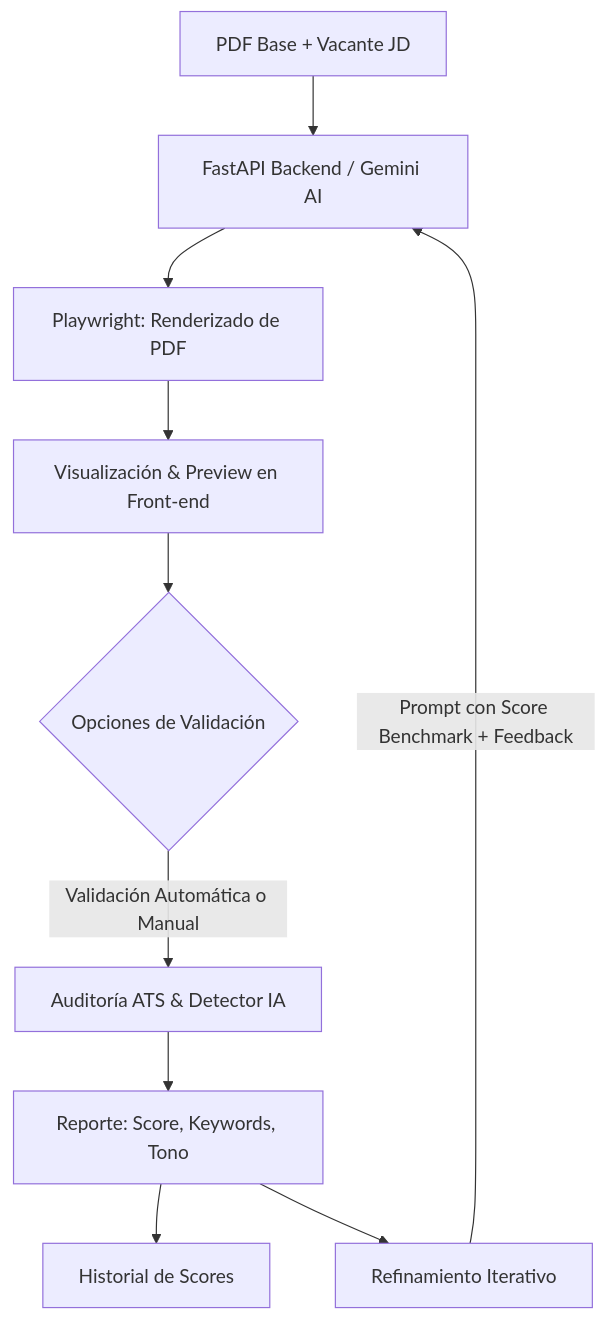
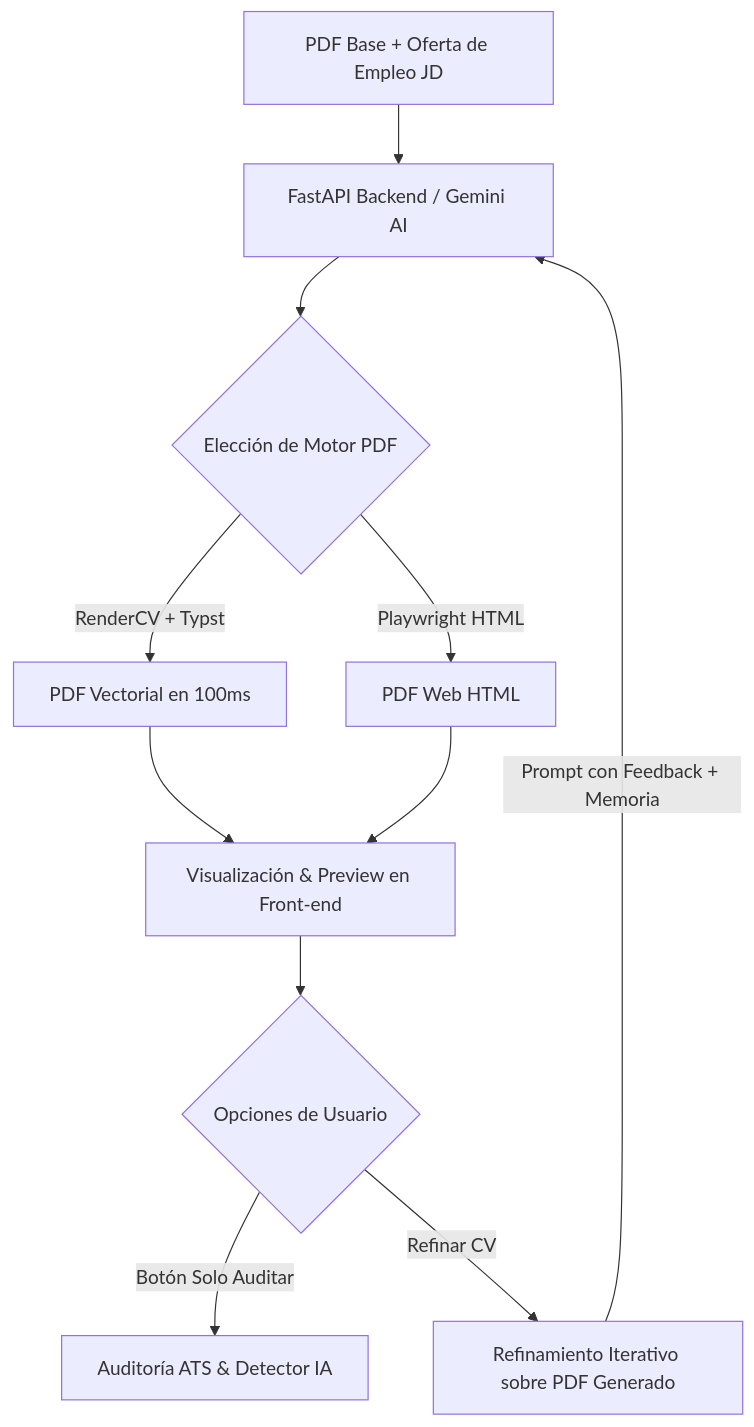
Before and after one commit to JOspitia/jd-to-resume-v2: the diagram in README.md, drawn with Mermaid. The commit also changed other lines of this file and 5 other files, not shown here.

Commit message:
feat: integrate RenderCV (Typst) multi-theme PDF engine and theme selector UI

````diff
--- a/README.md
+++ b/README.md
@@ -60,12 +68,13 @@
 ```mermaid
 flowchart TD
-    A[PDF Base + Vacante JD] --> B[FastAPI Backend / Gemini AI]
-    B --> C[Playwright: Renderizado de PDF]
-    C --> D[Visualización & Preview en Front-end]
-    D --> E{Opciones de Validación}
-    E -->|Validación Automática o Manual| F[Auditoría ATS & Detector IA]
-    F --> G[Reporte: Score, Keywords, Tono]
-    G --> H[Historial de Scores]
-    G --> I[Refinamiento Iterativo]
-    I -->|Prompt con Score Benchmark + Feedback| B
+    A[PDF Base + Oferta de Empleo JD] --> B[FastAPI Backend / Gemini AI]
+    B --> C{Elección de Motor PDF}
+    C -->|RenderCV + Typst| D[PDF Vectorial en 100ms]
+    C -->|Playwright HTML| E[PDF Web HTML]
+    D --> F[Visualización & Preview en Front-end]
+    E --> F
+    F --> G{Opciones de Usuario}
+    G -->|Botón Solo Auditar| H[Auditoría ATS & Detector IA]
+    G -->|Refinar CV| I[Refinamiento Iterativo sobre PDF Generado]
+    I -->|Prompt con Feedback + Memoria| B
 ```
````
